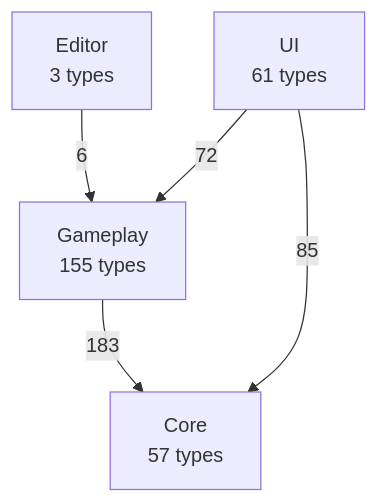
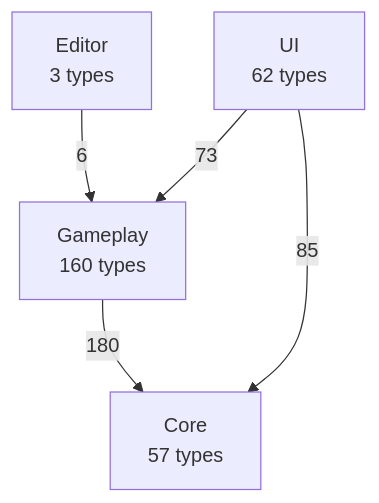
One commit to PhumipatWave/project-ocean changed the first of 2 diagrams in docs/uml/00-overview.md. Above: the diagram before and after it, drawn with Mermaid. The commit also changed other lines of this file and 102 other files, not shown here.

````diff
--- a/docs/uml/00-overview.md
+++ b/docs/uml/00-overview.md
@@ -11,11 +11,11 @@
 ```mermaid
 flowchart TB
   Editor["Editor<br/>3 types"]
-  UI["UI<br/>61 types"]
-  Gameplay["Gameplay<br/>155 types"]
+  UI["UI<br/>62 types"]
+  Gameplay["Gameplay<br/>160 types"]
   Core["Core<br/>57 types"]
   Editor -->|6| Gameplay
-  Gameplay -->|183| Core
+  Gameplay -->|180| Core
   UI -->|85| Core
-  UI -->|72| Gameplay
+  UI -->|73| Gameplay
 ```
````
